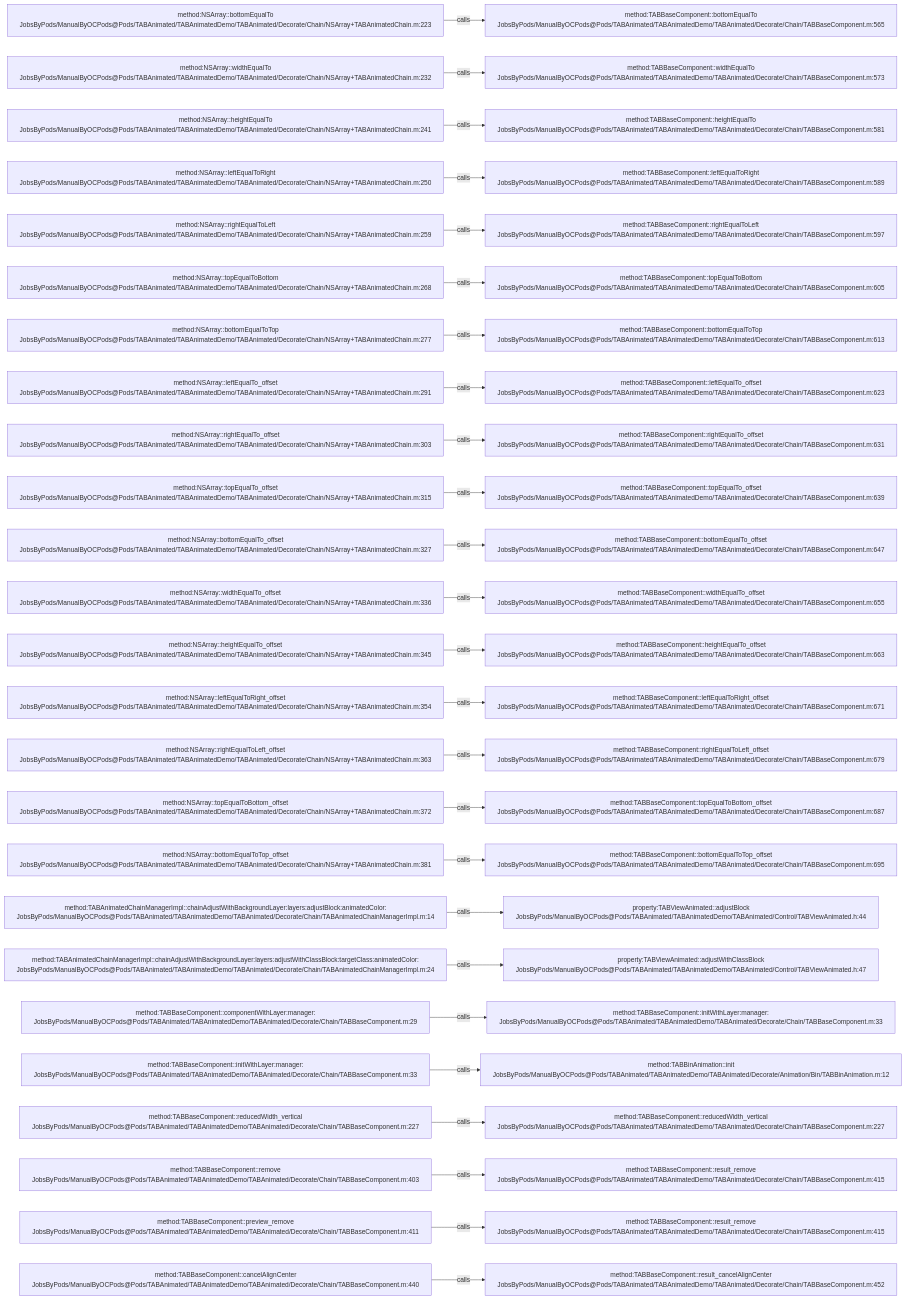
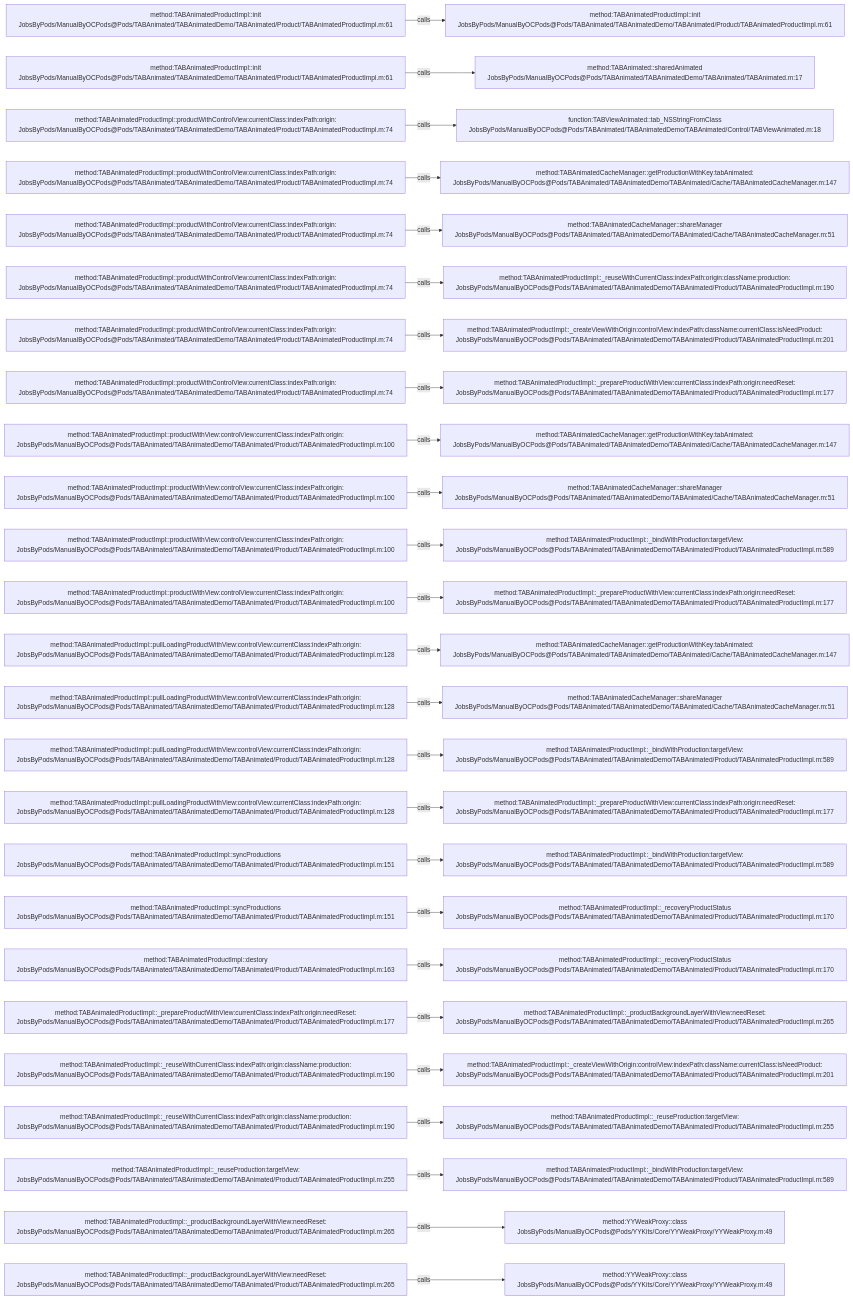
One commit to JobsKits/JobsOCBaseConfigDemo changed the diagram in .codegraph/codegraph.md/graphs/calls-023.md. Above: the diagram before and after it, drawn with Mermaid. The commit also changed 2723 other files, not shown here.

````diff
--- a/.codegraph/codegraph.md/graphs/calls-023.md
+++ b/.codegraph/codegraph.md/graphs/calls-023.md
@@ -13,78 +13,78 @@
 ```mermaid
 flowchart LR
-  S1["method:NSArray::bottomEqualTo<br/>JobsByPods/ManualByOCPods@Pods/TABAnimated/TABAnimatedDemo/TABAnimated/Decorate/Chain/NSArray+TABAnimatedChain.m:223"]
-  T1["method:TABBaseComponent::bottomEqualTo<br/>JobsByPods/ManualByOCPods@Pods/TABAnimated/TABAnimatedDemo/TABAnimated/Decorate/Chain/TABBaseComponent.m:565"]
+  S1["method:TABAnimatedProductImpl::init<br/>JobsByPods/ManualByOCPods@Pods/TABAnimated/TABAnimatedDemo/TABAnimated/Product/TABAnimatedProductImpl.m:61"]
+  T1["method:TABAnimatedProductImpl::init<br/>JobsByPods/ManualByOCPods@Pods/TABAnimated/TABAnimatedDemo/TABAnimated/Product/TABAnimatedProductImpl.m:61"]
   S1 -->|calls| T1
-  S2["method:NSArray::widthEqualTo<br/>JobsByPods/ManualByOCPods@Pods/TABAnimated/TABAnimatedDemo/TABAnimated/Decorate/Chain/NSArray+TABAnimatedChain.m:232"]
-  T2["method:TABBaseComponent::widthEqualTo<br/>JobsByPods/ManualByOCPods@Pods/TABAnimated/TABAnimatedDemo/TABAnimated/Decorate/Chain/TABBaseComponent.m:573"]
+  S2["method:TABAnimatedProductImpl::init<br/>JobsByPods/ManualByOCPods@Pods/TABAnimated/TABAnimatedDemo/TABAnimated/Product/TABAnimatedProductImpl.m:61"]
+  T2["method:TABAnimated::sharedAnimated<br/>JobsByPods/ManualByOCPods@Pods/TABAnimated/TABAnimatedDemo/TABAnimated/TABAnimated.m:17"]
   S2 -->|calls| T2
-  S3["method:NSArray::heightEqualTo<br/>JobsByPods/ManualByOCPods@Pods/TABAnimated/TABAnimatedDemo/TABAnimated/Decorate/Chain/NSArray+TABAnimatedChain.m:241"]
-  T3["method:TABBaseComponent::heightEqualTo<br/>JobsByPods/ManualByOCPods@Pods/TABAnimated/TABAnimatedDemo/TABAnimated/Decorate/Chain/TABBaseComponent.m:581"]
+  S3["method:TABAnimatedProductImpl::productWithControlView:currentClass:indexPath:origin:<br/>JobsByPods/ManualByOCPods@Pods/TABAnimated/TABAnimatedDemo/TABAnimated/Product/TABAnimatedProductImpl.m:74"]
+  T3["function:TABViewAnimated::tab_NSStringFromClass<br/>JobsByPods/ManualByOCPods@Pods/TABAnimated/TABAnimatedDemo/TABAnimated/Control/TABViewAnimated.m:18"]
   S3 -->|calls| T3
-  S4["method:NSArray::leftEqualToRight<br/>JobsByPods/ManualByOCPods@Pods/TABAnimated/TABAnimatedDemo/TABAnimated/Decorate/Chain/NSArray+TABAnimatedChain.m:250"]
-  T4["method:TABBaseComponent::leftEqualToRight<br/>JobsByPods/ManualByOCPods@Pods/TABAnimated/TABAnimatedDemo/TABAnimated/Decorate/Chain/TABBaseComponent.m:589"]
+  S4["method:TABAnimatedProductImpl::productWithControlView:currentClass:indexPath:origin:<br/>JobsByPods/ManualByOCPods@Pods/TABAnimated/TABAnimatedDemo/TABAnimated/Product/TABAnimatedProductImpl.m:74"]
+  T4["method:TABAnimatedCacheManager::getProductionWithKey:tabAnimated:<br/>JobsByPods/ManualByOCPods@Pods/TABAnimated/TABAnimatedDemo/TABAnimated/Cache/TABAnimatedCacheManager.m:147"]
   S4 -->|calls| T4
-  S5["method:NSArray::rightEqualToLeft<br/>JobsByPods/ManualByOCPods@Pods/TABAnimated/TABAnimatedDemo/TABAnimated/Decorate/Chain/NSArray+TABAnimatedChain.m:259"]
-  T5["method:TABBaseComponent::rightEqualToLeft<br/>JobsByPods/ManualByOCPods@Pods/TABAnimated/TABAnimatedDemo/TABAnimated/Decorate/Chain/TABBaseComponent.m:597"]
+  S5["method:TABAnimatedProductImpl::productWithControlView:currentClass:indexPath:origin:<br/>JobsByPods/ManualByOCPods@Pods/TABAnimated/TABAnimatedDemo/TABAnimated/Product/TABAnimatedProductImpl.m:74"]
+  T5["method:TABAnimatedCacheManager::shareManager<br/>JobsByPods/ManualByOCPods@Pods/TABAnimated/TABAnimatedDemo/TABAnimated/Cache/TABAnimatedCacheManager.m:51"]
   S5 -->|calls| T5
-  S6["method:NSArray::topEqualToBottom<br/>JobsByPods/ManualByOCPods@Pods/TABAnimated/TABAnimatedDemo/TABAnimated/Decorate/Chain/NSArray+TABAnimatedChain.m:268"]
-  T6["method:TABBaseComponent::topEqualToBottom<br/>JobsByPods/ManualByOCPods@Pods/TABAnimated/TABAnimatedDemo/TABAnimated/Decorate/Chain/TABBaseComponent.m:605"]
+  S6["method:TABAnimatedProductImpl::productWithControlView:currentClass:indexPath:origin:<br/>JobsByPods/ManualByOCPods@Pods/TABAnimated/TABAnimatedDemo/TABAnimated/Product/TABAnimatedProductImpl.m:74"]
+  T6["method:TABAnimatedProductImpl::_reuseWithCurrentClass:indexPath:origin:className:production:<br/>JobsByPods/ManualByOCPods@Pods/TABAnimated/TABAnimatedDemo/TABAnimated/Product/TABAnimatedProductImpl.m:190"]
   S6 -->|calls| T6
-  S7["method:NSArray::bottomEqualToTop<br/>JobsByPods/ManualByOCPods@Pods/TABAnimated/TABAnimatedDemo/TABAnimated/Decorate/Chain/NSArray+TABAnimatedChain.m:277"]
-  T7["method:TABBaseComponent::bottomEqualToTop<br/>JobsByPods/ManualByOCPods@Pods/TABAnimated/TABAnimatedDemo/TABAnimated/Decorate/Chain/TABBaseComponent.m:613"]
+  S7["method:TABAnimatedProductImpl::productWithControlView:currentClass:indexPath:origin:<br/>JobsByPods/ManualByOCPods@Pods/TABAnimated/TABAnimatedDemo/TABAnimated/Product/TABAnimatedProductImpl.m:74"]
+  T7["method:TABAnimatedProductImpl::_createViewWithOrigin:controlView:indexPath:className:currentClass:isNeedProduct:<br/>JobsByPods/ManualByOCPods@Pods/TABAnimated/TABAnimatedDemo/TABAnimated/Product/TABAnimatedProductImpl.m:201"]
   S7 -->|calls| T7
-  S8["method:NSArray::leftEqualTo_offset<br/>JobsByPods/ManualByOCPods@Pods/TABAnimated/TABAnimatedDemo/TABAnimated/Decorate/Chain/NSArray+TABAnimatedChain.m:291"]
-  T8["method:TABBaseComponent::leftEqualTo_offset<br/>JobsByPods/ManualByOCPods@Pods/TABAnimated/TABAnimatedDemo/TABAnimated/Decorate/Chain/TABBaseComponent.m:623"]
+  S8["method:TABAnimatedProductImpl::productWithControlView:currentClass:indexPath:origin:<br/>JobsByPods/ManualByOCPods@Pods/TABAnimated/TABAnimatedDemo/TABAnimated/Product/TABAnimatedProductImpl.m:74"]
+  T8["method:TABAnimatedProductImpl::_prepareProductWithView:currentClass:indexPath:origin:needReset:<br/>JobsByPods/ManualByOCPods@Pods/TABAnimated/TABAnimatedDemo/TABAnimated/Product/TABAnimatedProductImpl.m:177"]
   S8 -->|calls| T8
-  S9["method:NSArray::rightEqualTo_offset<br/>JobsByPods/ManualByOCPods@Pods/TABAnimated/TABAnimatedDemo/TABAnimated/Decorate/Chain/NSArray+TABAnimatedChain.m:303"]
-  T9["method:TABBaseComponent::rightEqualTo_offset<br/>JobsByPods/ManualByOCPods@Pods/TABAnimated/TABAnimatedDemo/TABAnimated/Decorate/Chain/TABBaseComponent.m:631"]
+  S9["method:TABAnimatedProductImpl::productWithView:controlView:currentClass:indexPath:origin:<br/>JobsByPods/ManualByOCPods@Pods/TABAnimated/TABAnimatedDemo/TABAnimated/Product/TABAnimatedProductImpl.m:100"]
+  T9["method:TABAnimatedCacheManager::getProductionWithKey:tabAnimated:<br/>JobsByPods/ManualByOCPods@Pods/TABAnimated/TABAnimatedDemo/TABAnimated/Cache/TABAnimatedCacheManager.m:147"]
   S9 -->|calls| T9
-  S10["method:NSArray::topEqualTo_offset<br/>JobsByPods/ManualByOCPods@Pods/TABAnimated/TABAnimatedDemo/TABAnimated/Decorate/Chain/NSArray+TABAnimatedChain.m:315"]
-  T10["method:TABBaseComponent::topEqualTo_offset<br/>JobsByPods/ManualByOCPods@Pods/TABAnimated/TABAnimatedDemo/TABAnimated/Decorate/Chain/TABBaseComponent.m:639"]
+  S10["method:TABAnimatedProductImpl::productWithView:controlView:currentClass:indexPath:origin:<br/>JobsByPods/ManualByOCPods@Pods/TABAnimated/TABAnimatedDemo/TABAnimated/Product/TABAnimatedProductImpl.m:100"]
+  T10["method:TABAnimatedCacheManager::shareManager<br/>JobsByPods/ManualByOCPods@Pods/TABAnimated/TABAnimatedDemo/TABAnimated/Cache/TABAnimatedCacheManager.m:51"]
   S10 -->|calls| T10
-  S11["method:NSArray::bottomEqualTo_offset<br/>JobsByPods/ManualByOCPods@Pods/TABAnimated/TABAnimatedDemo/TABAnimated/Decorate/Chain/NSArray+TABAnimatedChain.m:327"]
-  T11["method:TABBaseComponent::bottomEqualTo_offset<br/>JobsByPods/ManualByOCPods@Pods/TABAnimated/TABAnimatedDemo/TABAnimated/Decorate/Chain/TABBaseComponent.m:647"]
+  S11["method:TABAnimatedProductImpl::productWithView:controlView:currentClass:indexPath:origin:<br/>JobsByPods/ManualByOCPods@Pods/TABAnimated/TABAnimatedDemo/TABAnimated/Product/TABAnimatedProductImpl.m:100"]
+  T11["method:TABAnimatedProductImpl::_bindWithProduction:targetView:<br/>JobsByPods/ManualByOCPods@Pods/TABAnimated/TABAnimatedDemo/TABAnimated/Product/TABAnimatedProductImpl.m:589"]
   S11 -->|calls| T11
-  S12["method:NSArray::widthEqualTo_offset<br/>JobsByPods/ManualByOCPods@Pods/TABAnimated/TABAnimatedDemo/TABAnimated/Decorate/Chain/NSArray+TABAnimatedChain.m:336"]
-  T12["method:TABBaseComponent::widthEqualTo_offset<br/>JobsByPods/ManualByOCPods@Pods/TABAnimated/TABAnimatedDemo/TABAnimated/Decorate/Chain/TABBaseComponent.m:655"]
+  S12["method:TABAnimatedProductImpl::productWithView:controlView:currentClass:indexPath:origin:<br/>JobsByPods/ManualByOCPods@Pods/TABAnimated/TABAnimatedDemo/TABAnimated/Product/TABAnimatedProductImpl.m:100"]
+  T12["method:TABAnimatedProductImpl::_prepareProductWithView:currentClass:indexPath:origin:needReset:<br/>JobsByPods/ManualByOCPods@Pods/TABAnimated/TABAnimatedDemo/TABAnimated/Product/TABAnimatedProductImpl.m:177"]
   S12 -->|calls| T12
-  S13["method:NSArray::heightEqualTo_offset<br/>JobsByPods/ManualByOCPods@Pods/TABAnimated/TABAnimatedDemo/TABAnimated/Decorate/Chain/NSArray+TABAnimatedChain.m:345"]
-  T13["method:TABBaseComponent::heightEqualTo_offset<br/>JobsByPods/ManualByOCPods@Pods/TABAnimated/TABAnimatedDemo/TABAnimated/Decorate/Chain/TABBaseComponent.m:663"]
+  S13["method:TABAnimatedProductImpl::pullLoadingProductWithView:controlView:currentClass:indexPath:origin:<br/>JobsByPods/ManualByOCPods@Pods/TABAnimated/TABAnimatedDemo/TABAnimated/Product/TABAnimatedProductImpl.m:128"]
+  T13["method:TABAnimatedCacheManager::getProductionWithKey:tabAnimated:<br/>JobsByPods/ManualByOCPods@Pods/TABAnimated/TABAnimatedDemo/TABAnimated/Cache/TABAnimatedCacheManager.m:147"]
   S13 -->|calls| T13
-  S14["method:NSArray::leftEqualToRight_offset<br/>JobsByPods/ManualByOCPods@Pods/TABAnimated/TABAnimatedDemo/TABAnimated/Decorate/Chain/NSArray+TABAnimatedChain.m:354"]
-  T14["method:TABBaseComponent::leftEqualToRight_offset<br/>JobsByPods/ManualByOCPods@Pods/TABAnimated/TABAnimatedDemo/TABAnimated/Decorate/Chain/TABBaseComponent.m:671"]
+  S14["method:TABAnimatedProductImpl::pullLoadingProductWithView:controlView:currentClass:indexPath:origin:<br/>JobsByPods/ManualByOCPods@Pods/TABAnimated/TABAnimatedDemo/TABAnimated/Product/TABAnimatedProductImpl.m:128"]
+  T14["method:TABAnimatedCacheManager::shareManager<br/>JobsByPods/ManualByOCPods@Pods/TABAnimated/TABAnimatedDemo/TABAnimated/Cache/TABAnimatedCacheManager.m:51"]
   S14 -->|calls| T14
-  S15["method:NSArray::rightEqualToLeft_offset<br/>JobsByPods/ManualByOCPods@Pods/TABAnimated/TABAnimatedDemo/TABAnimated/Decorate/Chain/NSArray+TABAnimatedChain.m:363"]
-  T15["method:TABBaseComponent::rightEqualToLeft_offset<br/>JobsByPods/ManualByOCPods@Pods/TABAnimated/TABAnimatedDemo/TABAnimated/Decorate/Chain/TABBaseComponent.m:679"]
+  S15["method:TABAnimatedProductImpl::pullLoadingProductWithView:controlView:currentClass:indexPath:origin:<br/>JobsByPods/ManualByOCPods@Pods/TABAnimated/TABAnimatedDemo/TABAnimated/Product/TABAnimatedProductImpl.m:128"]
+  T15["method:TABAnimatedProductImpl::_bindWithProduction:targetView:<br/>JobsByPods/ManualByOCPods@Pods/TABAnimated/TABAnimatedDemo/TABAnimated/Product/TABAnimatedProductImpl.m:589"]
   S15 -->|calls| T15
-  S16["method:NSArray::topEqualToBottom_offset<br/>JobsByPods/ManualByOCPods@Pods/TABAnimated/TABAnimatedDemo/TABAnimated/Decorate/Chain/NSArray+TABAnimatedChain.m:372"]
-  T16["method:TABBaseComponent::topEqualToBottom_offset<br/>JobsByPods/ManualByOCPods@Pods/TABAnimated/TABAnimatedDemo/TABAnimated/Decorate/Chain/TABBaseComponent.m:687"]
+  S16["method:TABAnimatedProductImpl::pullLoadingProductWithView:controlView:currentClass:indexPath:origin:<br/>JobsByPods/ManualByOCPods@Pods/TABAnimated/TABAnimatedDemo/TABAnimated/Product/TABAnimatedProductImpl.m:128"]
+  T16["method:TABAnimatedProductImpl::_prepareProductWithView:currentClass:indexPath:origin:needReset:<br/>JobsByPods/ManualByOCPods@Pods/TABAnimated/TABAnimatedDemo/TABAnimated/Product/TABAnimatedProductImpl.m:177"]
   S16 -->|calls| T16
-  S17["method:NSArray::bottomEqualToTop_offset<br/>JobsByPods/ManualByOCPods@Pods/TABAnimated/TABAnimatedDemo/TABAnimated/Decorate/Chain/NSArray+TABAnimatedChain.m:381"]
-  T17["method:TABBaseComponent::bottomEqualToTop_offset<br/>JobsByPods/ManualByOCPods@Pods/TABAnimated/TABAnimatedDemo/TABAnimated/Decorate/Chain/TABBaseComponent.m:695"]
+  S17["method:TABAnimatedProductImpl::syncProductions<br/>JobsByPods/ManualByOCPods@Pods/TABAnimated/TABAnimatedDemo/TABAnimated/Product/TABAnimatedProductImpl.m:151"]
+  T17["method:TABAnimatedProductImpl::_bindWithProduction:targetView:<br/>JobsByPods/ManualByOCPods@Pods/TABAnimated/TABAnimatedDemo/TABAnimated/Product/TABAnimatedProductImpl.m:589"]
   S17 -->|calls| T17
-  S18["method:TABAnimatedChainManagerImpl::chainAdjustWithBackgroundLayer:layers:adjustBlock:animatedColor:<br/>JobsByPods/ManualByOCPods@Pods/TABAnimated/TABAnimatedDemo/TABAnimated/Decorate/Chain/TABAnimatedChainManagerImpl.m:14"]
-  T18["property:TABViewAnimated::adjustBlock<br/>JobsByPods/ManualByOCPods@Pods/TABAnimated/TABAnimatedDemo/TABAnimated/Control/TABViewAnimated.h:44"]
+  S18["method:TABAnimatedProductImpl::syncProductions<br/>JobsByPods/ManualByOCPods@Pods/TABAnimated/TABAnimatedDemo/TABAnimated/Product/TABAnimatedProductImpl.m:151"]
+  T18["method:TABAnimatedProductImpl::_recoveryProductStatus<br/>JobsByPods/ManualByOCPods@Pods/TABAnimated/TABAnimatedDemo/TABAnimated/Product/TABAnimatedProductImpl.m:170"]
   S18 -->|calls| T18
-  S19["method:TABAnimatedChainManagerImpl::chainAdjustWithBackgroundLayer:layers:adjustWithClassBlock:targetClass:animatedColor:<br/>JobsByPods/ManualByOCPods@Pods/TABAnimated/TABAnimatedDemo/TABAnimated/Decorate/Chain/TABAnimatedChainManagerImpl.m:24"]
-  T19["property:TABViewAnimated::adjustWithClassBlock<br/>JobsByPods/ManualByOCPods@Pods/TABAnimated/TABAnimatedDemo/TABAnimated/Control/TABViewAnimated.h:47"]
+  S19["method:TABAnimatedProductImpl::destory<br/>JobsByPods/ManualByOCPods@Pods/TABAnimated/TABAnimatedDemo/TABAnimated/Product/TABAnimatedProductImpl.m:163"]
+  T19["method:TABAnimatedProductImpl::_recoveryProductStatus<br/>JobsByPods/ManualByOCPods@Pods/TABAnimated/TABAnimatedDemo/TABAnimated/Product/TABAnimatedProductImpl.m:170"]
   S19 -->|calls| T19
-  S20["method:TABBaseComponent::componentWithLayer:manager:<br/>JobsByPods/ManualByOCPods@Pods/TABAnimated/TABAnimatedDemo/TABAnimated/Decorate/Chain/TABBaseComponent.m:29"]
-  T20["method:TABBaseComponent::initWithLayer:manager:<br/>JobsByPods/ManualByOCPods@Pods/TABAnimated/TABAnimatedDemo/TABAnimated/Decorate/Chain/TABBaseComponent.m:33"]
+  S20["method:TABAnimatedProductImpl::_prepareProductWithView:currentClass:indexPath:origin:needReset:<br/>JobsByPods/ManualByOCPods@Pods/TABAnimated/TABAnimatedDemo/TABAnimated/Product/TABAnimatedProductImpl.m:177"]
+  T20["method:TABAnimatedProductImpl::_productBackgroundLayerWithView:needReset:<br/>JobsByPods/ManualByOCPods@Pods/TABAnimated/TABAnimatedDemo/TABAnimated/Product/TABAnimatedProductImpl.m:265"]
   S20 -->|calls| T20
-  S21["method:TABBaseComponent::initWithLayer:manager:<br/>JobsByPods/ManualByOCPods@Pods/TABAnimated/TABAnimatedDemo/TABAnimated/Decorate/Chain/TABBaseComponent.m:33"]
-  T21["method:TABBinAnimation::init<br/>JobsByPods/ManualByOCPods@Pods/TABAnimated/TABAnimatedDemo/TABAnimated/Decorate/Animation/Bin/TABBinAnimation.m:12"]
+  S21["method:TABAnimatedProductImpl::_reuseWithCurrentClass:indexPath:origin:className:production:<br/>JobsByPods/ManualByOCPods@Pods/TABAnimated/TABAnimatedDemo/TABAnimated/Product/TABAnimatedProductImpl.m:190"]
+  T21["method:TABAnimatedProductImpl::_createViewWithOrigin:controlView:indexPath:className:currentClass:isNeedProduct:<br/>JobsByPods/ManualByOCPods@Pods/TABAnimated/TABAnimatedDemo/TABAnimated/Product/TABAnimatedProductImpl.m:201"]
   S21 -->|calls| T21
-  S22["method:TABBaseComponent::reducedWidth_vertical<br/>JobsByPods/ManualByOCPods@Pods/TABAnimated/TABAnimatedDemo/TABAnimated/Decorate/Chain/TABBaseComponent.m:227"]
-  T22["method:TABBaseComponent::reducedWidth_vertical<br/>JobsByPods/ManualByOCPods@Pods/TABAnimated/TABAnimatedDemo/TABAnimated/Decorate/Chain/TABBaseComponent.m:227"]
+  S22["method:TABAnimatedProductImpl::_reuseWithCurrentClass:indexPath:origin:className:production:<br/>JobsByPods/ManualByOCPods@Pods/TABAnimated/TABAnimatedDemo/TABAnimated/Product/TABAnimatedProductImpl.m:190"]
+  T22["method:TABAnimatedProductImpl::_reuseProduction:targetView:<br/>JobsByPods/ManualByOCPods@Pods/TABAnimated/TABAnimatedDemo/TABAnimated/Product/TABAnimatedProductImpl.m:255"]
   S22 -->|calls| T22
-  S23["method:TABBaseComponent::remove<br/>JobsByPods/ManualByOCPods@Pods/TABAnimated/TABAnimatedDemo/TABAnimated/Decorate/Chain/TABBaseComponent.m:403"]
-  T23["method:TABBaseComponent::result_remove<br/>JobsByPods/ManualByOCPods@Pods/TABAnimated/TABAnimatedDemo/TABAnimated/Decorate/Chain/TABBaseComponent.m:415"]
+  S23["method:TABAnimatedProductImpl::_reuseProduction:targetView:<br/>JobsByPods/ManualByOCPods@Pods/TABAnimated/TABAnimatedDemo/TABAnimated/Product/TABAnimatedProductImpl.m:255"]
+  T23["method:TABAnimatedProductImpl::_bindWithProduction:targetView:<br/>JobsByPods/ManualByOCPods@Pods/TABAnimated/TABAnimatedDemo/TABAnimated/Product/TABAnimatedProductImpl.m:589"]
   S23 -->|calls| T23
-  S24["method:TABBaseComponent::preview_remove<br/>JobsByPods/ManualByOCPods@Pods/TABAnimated/TABAnimatedDemo/TABAnimated/Decorate/Chain/TABBaseComponent.m:411"]
-  T24["method:TABBaseComponent::result_remove<br/>JobsByPods/ManualByOCPods@Pods/TABAnimated/TABAnimatedDemo/TABAnimated/Decorate/Chain/TABBaseComponent.m:415"]
+  S24["method:TABAnimatedProductImpl::_productBackgroundLayerWithView:needReset:<br/>JobsByPods/ManualByOCPods@Pods/TABAnimated/TABAnimatedDemo/TABAnimated/Product/TABAnimatedProductImpl.m:265"]
+  T24["method:YYWeakProxy::class<br/>JobsByPods/ManualByOCPods@Pods/YYKits/Core/YYWeakProxy/YYWeakProxy.m:49"]
   S24 -->|calls| T24
-  S25["method:TABBaseComponent::cancelAlignCenter<br/>JobsByPods/ManualByOCPods@Pods/TABAnimated/TABAnimatedDemo/TABAnimated/Decorate/Chain/TABBaseComponent.m:440"]
-  T25["method:TABBaseComponent::result_cancelAlignCenter<br/>JobsByPods/ManualByOCPods@Pods/TABAnimated/TABAnimatedDemo/TABAnimated/Decorate/Chain/TABBaseComponent.m:452"]
+  S25["method:TABAnimatedProductImpl::_productBackgroundLayerWithView:needReset:<br/>JobsByPods/ManualByOCPods@Pods/TABAnimated/TABAnimatedDemo/TABAnimated/Product/TABAnimatedProductImpl.m:265"]
+  T25["method:YYWeakProxy::class<br/>JobsByPods/ManualByOCPods@Pods/YYKits/Core/YYWeakProxy/YYWeakProxy.m:49"]
   S25 -->|calls| T25
 ```
````
